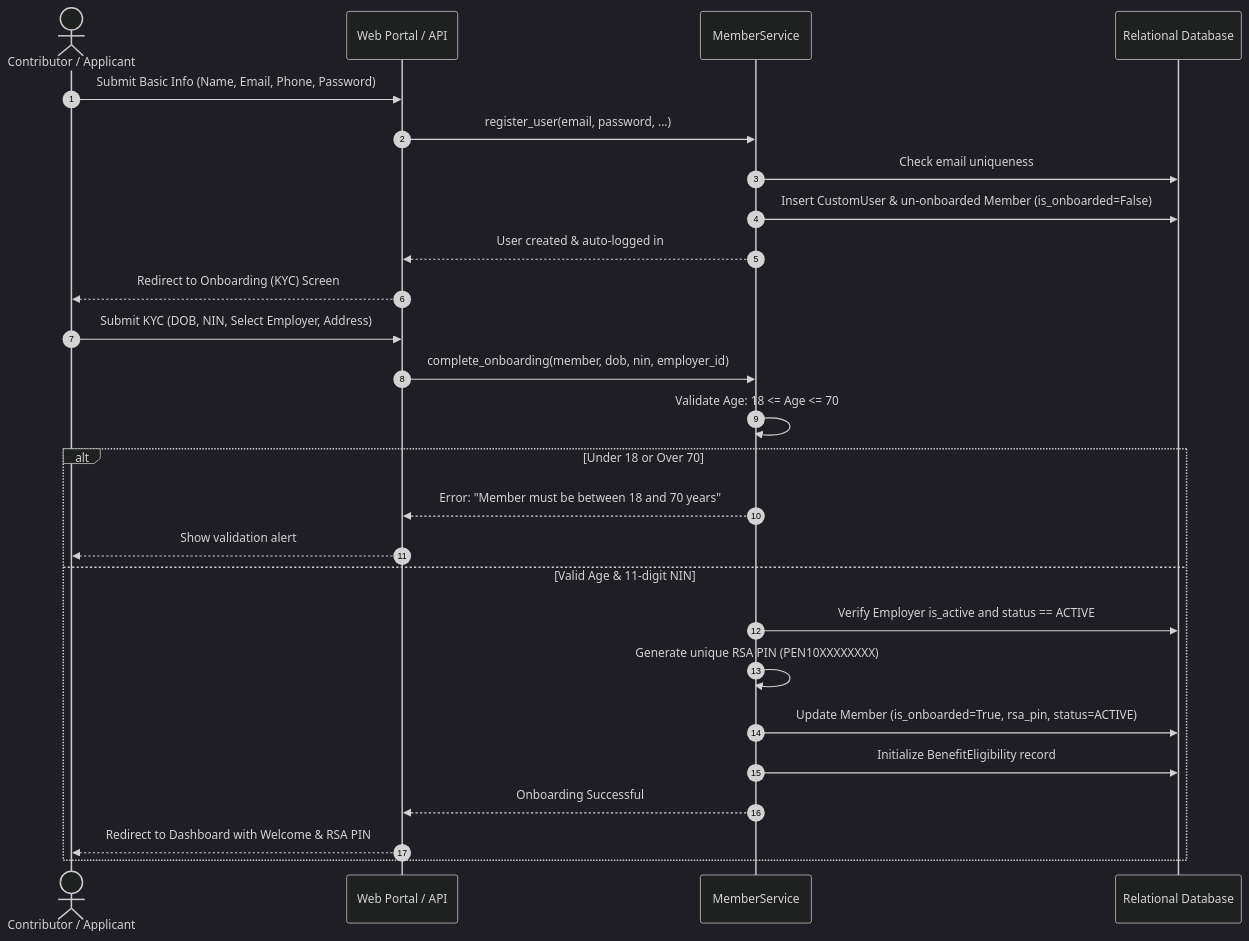
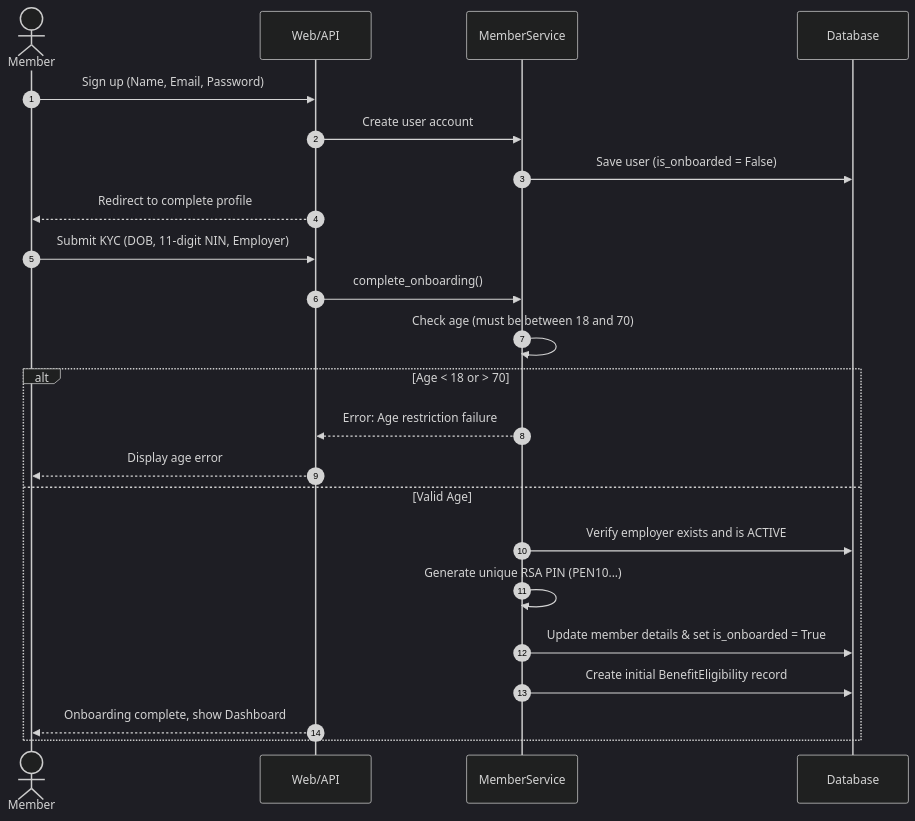
The third of 7 diagrams in SYSTEM_DESIGN.md (victorquadri123/pension-contribution-management-system), drawn with Mermaid (dark theme) before and after one commit. The commit also changed other lines of this file, not shown here.

Commit message:
docs: simplify system design document with clear developer notes and diagrams

````diff
--- a/SYSTEM_DESIGN.md
+++ b/SYSTEM_DESIGN.md
@@ -164,30 +152,27 @@
 ```mermaid
 sequenceDiagram
     autonumber
-    actor User as Contributor / Applicant
-    participant Portal as Web Portal / API
-    participant MemberSvc as MemberService
-    participant DB as Relational Database
+    actor User as Member
+    participant View as Web/API
+    participant Service as MemberService
+    participant DB as Database
 
-    User->>Portal: Submit Basic Info (Name, Email, Phone, Password)
-    Portal->>MemberSvc: register_user(email, password, ...)
-    MemberSvc->>DB: Check email uniqueness
-    MemberSvc->>DB: Insert CustomUser & un-onboarded Member (is_onboarded=False)
-    MemberSvc-->>Portal: User created & auto-logged in
-    Portal-->>User: Redirect to Onboarding (KYC) Screen
+    User->>View: Sign up (Name, Email, Password)
+    View->>Service: Create user account
+    Service->>DB: Save user (is_onboarded = False)
+    View-->>User: Redirect to complete profile
 
-    User->>Portal: Submit KYC (DOB, NIN, Select Employer, Address)
-    Portal->>MemberSvc: complete_onboarding(member, dob, nin, employer_id)
-    MemberSvc->>MemberSvc: Validate Age: 18 <= Age <= 70
-    alt Under 18 or Over 70
-        MemberSvc-->>Portal: Error: "Member must be between 18 and 70 years"
-        Portal-->>User: Show validation alert
-    else Valid Age & 11-digit NIN
-        MemberSvc->>DB: Verify Employer is_active and status == ACTIVE
-        MemberSvc->>MemberSvc: Generate unique RSA PIN (PEN10XXXXXXXX)
-        MemberSvc->>DB: Update Member (is_onboarded=True, rsa_pin, status=ACTIVE)
-        MemberSvc->>DB: Initialize BenefitEligibility record
-        MemberSvc-->>Portal: Onboarding Successful
-        Portal-->>User: Redirect to Dashboard with Welcome & RSA PIN
+    User->>View: Submit KYC (DOB, 11-digit NIN, Employer)
+    View->>Service: complete_onboarding()
+    Service->>Service: Check age (must be between 18 and 70)
+    alt Age < 18 or > 70
+        Service-->>View: Error: Age restriction failure
+        View-->>User: Display age error
+    else Valid Age
+        Service->>DB: Verify employer exists and is ACTIVE
+        Service->>Service: Generate unique RSA PIN (PEN10...)
+        Service->>DB: Update member details & set is_onboarded = True
+        Service->>DB: Create initial BenefitEligibility record
+        View-->>User: Onboarding complete, show Dashboard
     end
 ```
````
